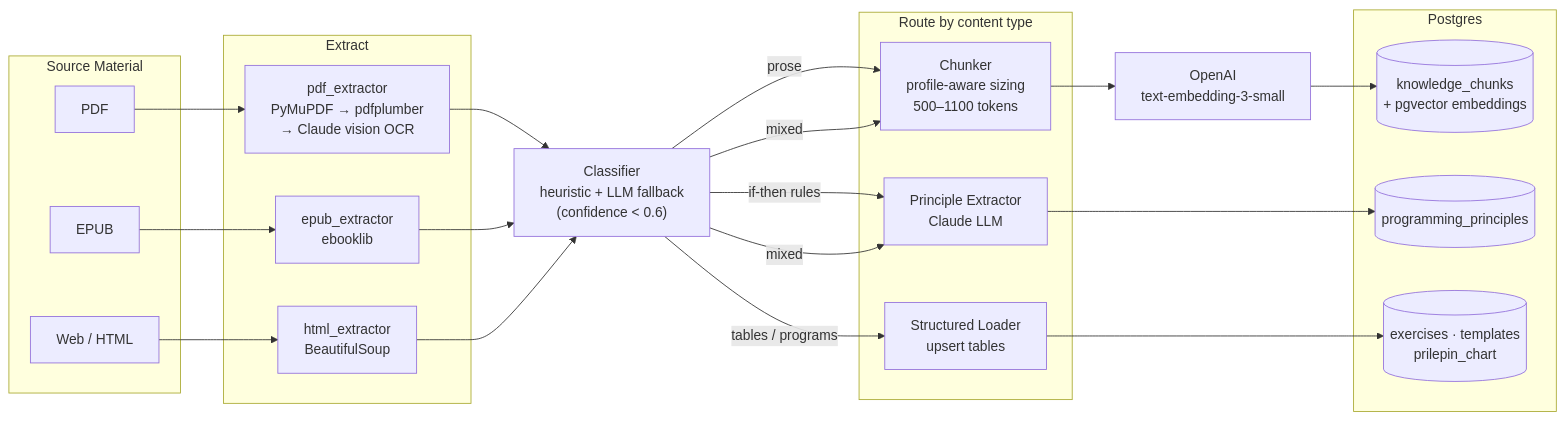
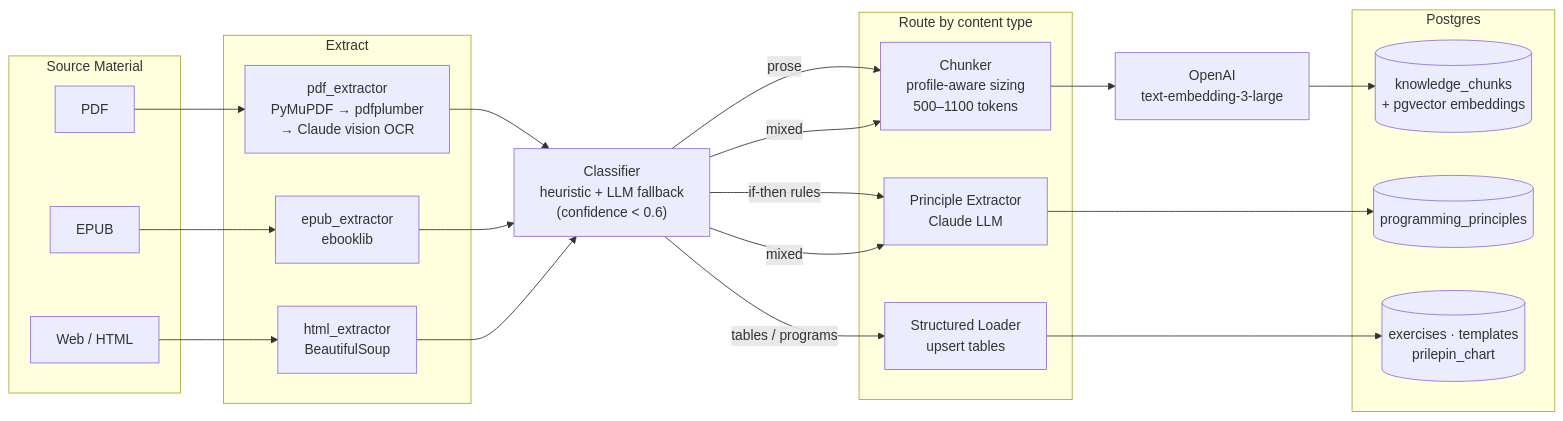
One commit to dcmshi/oly-program-generator changed the third of 4 diagrams in ARCHITECTURE.md. Above: the diagram before and after it, drawn with Mermaid. The commit also changed other lines of this file and 11 other files, not shown here.

First line of the commit message:
feat(rag): EMBED-1 — corpus on text-embedding-3-large @ 1536; build_golden --extend for same-label comparisons

````diff
--- a/ARCHITECTURE.md
+++ b/ARCHITECTURE.md
@@ -110,39 +110,39 @@
 ```mermaid
 flowchart LR
     subgraph src["Source Material"]
         PDF[PDF]
         EPUB[EPUB]
         WEB[Web / HTML]
     end
 
     subgraph extract["Extract"]
         PE["pdf_extractor<br/>PyMuPDF → pdfplumber<br/>→ Claude vision OCR"]
         EE["epub_extractor<br/>ebooklib"]
         HE["html_extractor<br/>BeautifulSoup"]
     end
 
     CLASS["Classifier<br/>heuristic + LLM fallback<br/>(confidence < 0.6)"]
 
     subgraph route["Route by content type"]
         CHUNK["Chunker<br/>profile-aware sizing<br/>500–1100 tokens"]
         SL["Structured Loader<br/>upsert tables"]
         PEX["Principle Extractor<br/>Claude LLM"]
     end
 
     subgraph store["Postgres"]
         KC[("knowledge_chunks<br/>+ pgvector embeddings")]
         PP[("programming_principles")]
         EX[("exercises · templates<br/>prilepin_chart")]
     end
 
-    OAI["OpenAI<br/>text-embedding-3-small"]
+    OAI["OpenAI<br/>text-embedding-3-large"]
 
     PDF --> PE --> CLASS
     EPUB --> EE --> CLASS
     WEB --> HE --> CLASS
 
     CLASS -->|prose| CHUNK --> OAI --> KC
     CLASS -->|tables / programs| SL --> EX
     CLASS -->|if-then rules| PEX --> PP
     CLASS -->|mixed| CHUNK & PEX
 ```
````
